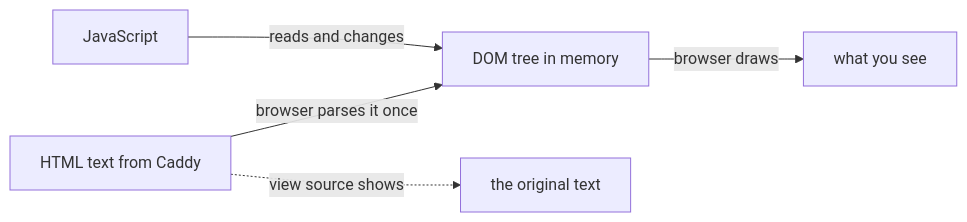
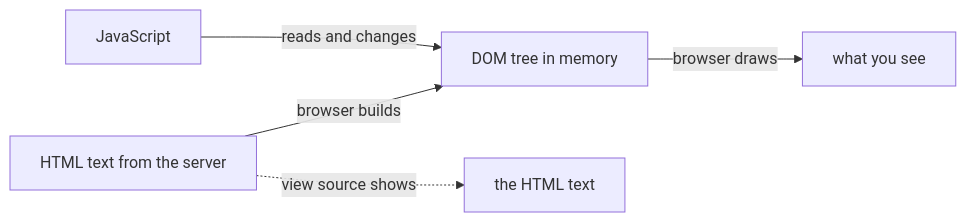
One commit to duyan11110/lo-trinh-architect changed the diagram in content/tracks/frontend/web-foundations/frontend.l1.the-dom.en.md. Above: the diagram before and after it, drawn with Mermaid. The commit also changed other lines of this file and 3 other files, not shown here.

````diff
--- a/content/tracks/frontend/web-foundations/frontend.l1.the-dom.en.md
+++ b/content/tracks/frontend/web-foundations/frontend.l1.the-dom.en.md
@@ -37,7 +38,7 @@
 ```mermaid
 flowchart LR
-  S[HTML text from Caddy] -->|browser parses it once| D[DOM tree in memory]
+  S[HTML text from the server] -->|browser builds| D[DOM tree in memory]
+  D -->|browser draws| P[what you see]
   J[JavaScript] -->|reads and changes| D
-  D -->|browser draws| P[what you see]
-  S -.->|view source shows| V[the original text]
+  S -.->|view source shows| V[the HTML text]
 ```
````
